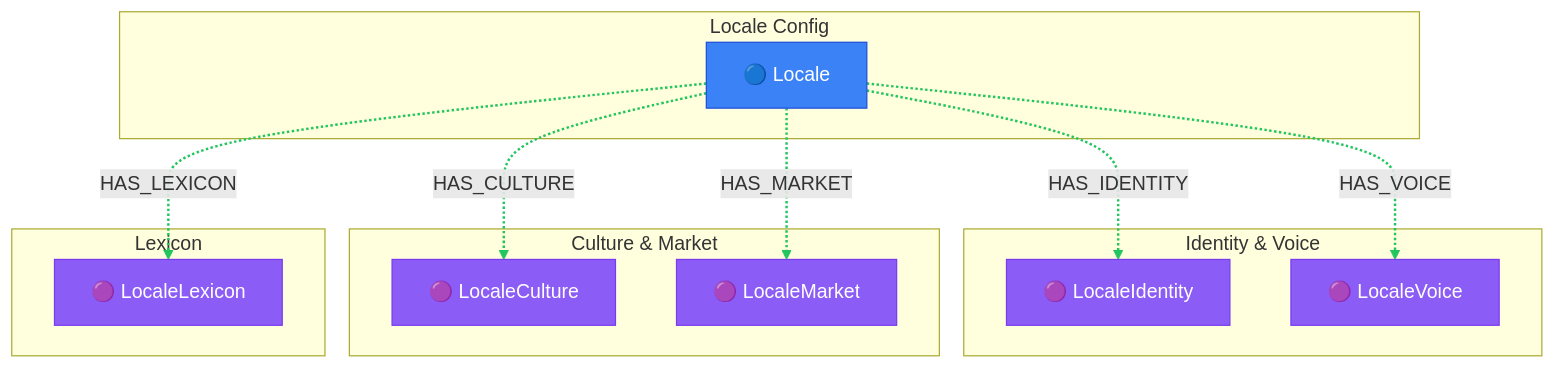
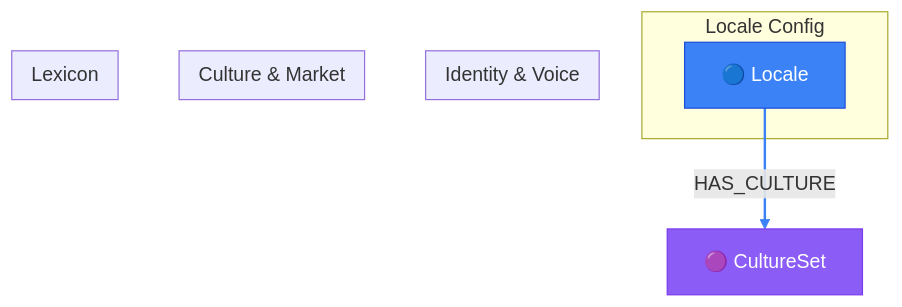
The diagram in packages/core/models/docs/locale-full-knowledge.md (supernovae-st/novanet), drawn with Mermaid before and after one commit. The commit also changed other lines of this file and 98 other files, not shown here.

First line of the commit message:
feat(schema): v10.1 GEO removal + locale knowledge atoms

````diff
--- a/packages/core/models/docs/locale-full-knowledge.md
+++ b/packages/core/models/docs/locale-full-knowledge.md
@@ -30,48 +30,38 @@
 ```mermaid
 flowchart TB
   %% View: Locale Full Knowledge (locale-full-knowledge)
-  %% 6 nodes, 5 edges
+  %% 2 nodes, 1 edges
 
-  %% Trait styling (locale_behavior)
+  %% Trait styling (node_trait)
   classDef invariant fill:#3b82f6,stroke:#1d4ed8,color:#fff
   classDef localized fill:#22c55e,stroke:#16a34a,color:#fff
   classDef knowledge fill:#8b5cf6,stroke:#7c3aed,color:#fff
   classDef derived fill:#9ca3af,stroke:#6b7280,color:#fff
   classDef job fill:#6b7280,stroke:#4b5563,color:#fff
 
   subgraph LOCALE_CONFIG["Locale Config"]
     Locale["🔵 Locale"]
   end
 
   subgraph IDENTITY___VOICE["Identity & Voice"]
-    LocaleIdentity["🟣 LocaleIdentity"]
-    LocaleVoice["🟣 LocaleVoice"]
   end
 
   subgraph CULTURE___MARKET["Culture & Market"]
-    LocaleCulture["🟣 LocaleCulture"]
-    LocaleMarket["🟣 LocaleMarket"]
   end
 
   subgraph LEXICON["Lexicon"]
-    LocaleLexicon["🟣 LocaleLexicon"]
   end
 
-  %% Relationships (styled by edge family)
-  Locale -.->|HAS_CULTURE| LocaleCulture
-  Locale -.->|HAS_IDENTITY| LocaleIdentity
-  Locale -.->|HAS_LEXICON| LocaleLexicon
-  Locale -.->|HAS_MARKET| LocaleMarket
-  Locale -.->|HAS_VOICE| LocaleVoice
+  %% Additional reachable nodes
+  CultureSet["🟣 CultureSet"]
+
+  %% Relationships (styled by arc family)
+  Locale -->|HAS_CULTURE| CultureSet
 
   %% Edge colors by family
-  linkStyle 0,1,2,3,4 stroke:#22c55e,stroke-width:2px
+  linkStyle 0 stroke:#3b82f6,stroke-width:2px
 
   %% Class assignments
+  class CultureSet knowledge
   class Locale invariant
-  class LocaleCulture knowledge
-  class LocaleIdentity knowledge
-  class LocaleLexicon knowledge
-  class LocaleMarket knowledge
-  class LocaleVoice knowledge
 ```
````
